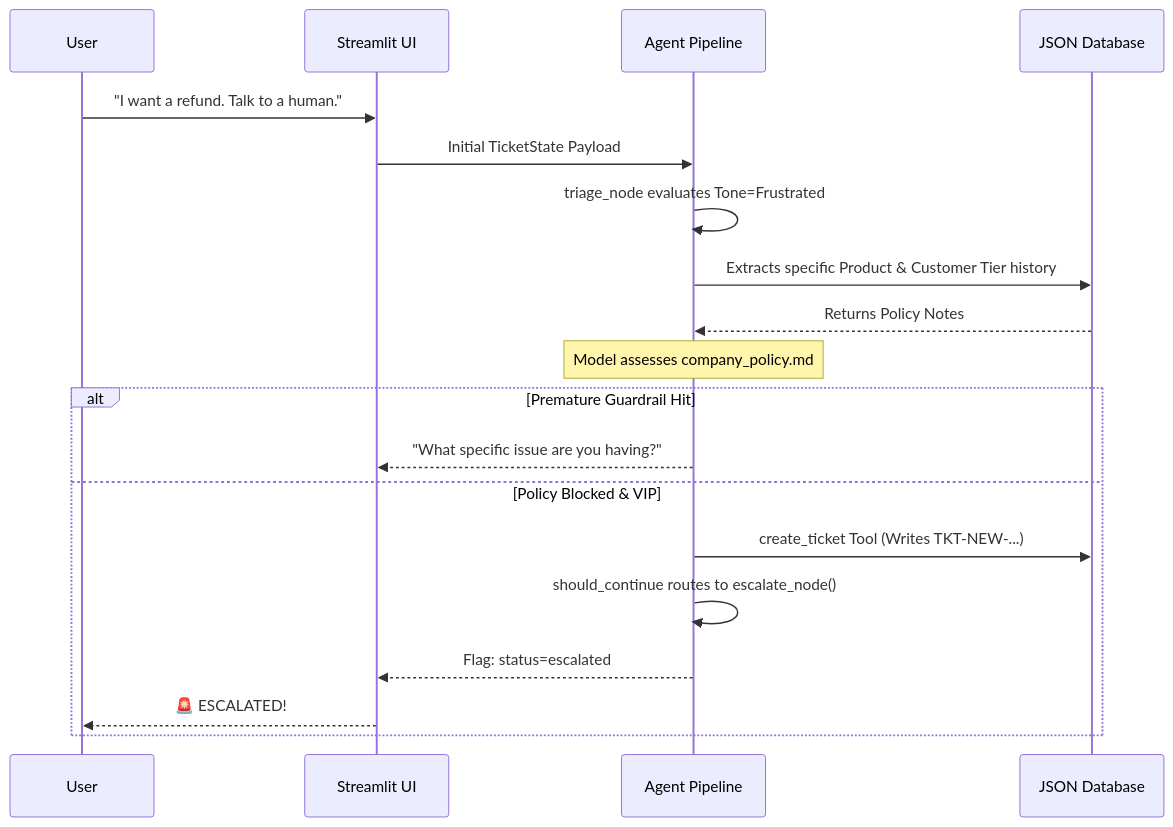
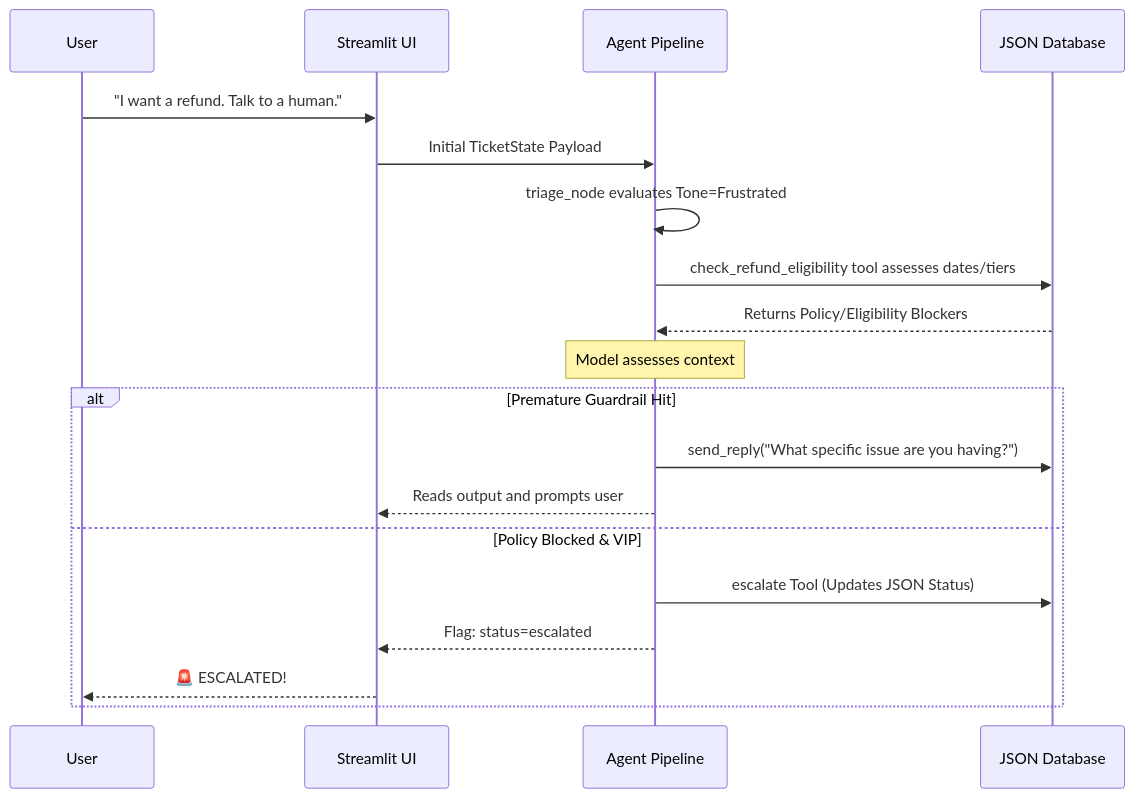
One commit to VaibhavMittalData/SupportAgent changed the third of 3 diagrams in ARCHITECTURE.md. Above: the diagram before and after it, drawn with Mermaid. The commit also changed other lines of this file and 5 other files, not shown here.

Commit message:
Refactor architecture to dynamic tool-based state machine

````diff
--- a/ARCHITECTURE.md
+++ b/ARCHITECTURE.md
@@ -68,26 +67,26 @@
 ```mermaid
 sequenceDiagram
     participant User
     participant Streamlit UI
     participant Agent Pipeline
     participant JSON Database
     
     User->>Streamlit UI: "I want a refund. Talk to a human."
     Streamlit UI->>Agent Pipeline: Initial TicketState Payload
     
     Agent Pipeline->>Agent Pipeline: triage_node evaluates Tone=Frustrated
     
-    Agent Pipeline->>JSON Database: Extracts specific Product & Customer Tier history
-    JSON Database-->>Agent Pipeline: Returns Policy Notes
+    Agent Pipeline->>JSON Database: check_refund_eligibility tool assesses dates/tiers
+    JSON Database-->>Agent Pipeline: Returns Policy/Eligibility Blockers
     
-    note over Agent Pipeline: Model assesses company_policy.md
+    note over Agent Pipeline: Model assesses context
     
     alt Premature Guardrail Hit
-        Agent Pipeline-->>Streamlit UI: "What specific issue are you having?"
+        Agent Pipeline->>JSON Database: send_reply("What specific issue are you having?")
+        Agent Pipeline-->>Streamlit UI: Reads output and prompts user
     else Policy Blocked & VIP
-        Agent Pipeline->>JSON Database: create_ticket Tool (Writes TKT-NEW-...)
-        Agent Pipeline->>Agent Pipeline: should_continue routes to escalate_node()
+        Agent Pipeline->>JSON Database: escalate Tool (Updates JSON Status)
         Agent Pipeline-->>Streamlit UI: Flag: status=escalated
         Streamlit UI-->>User: 🚨 ESCALATED!
     end
 ```
````
